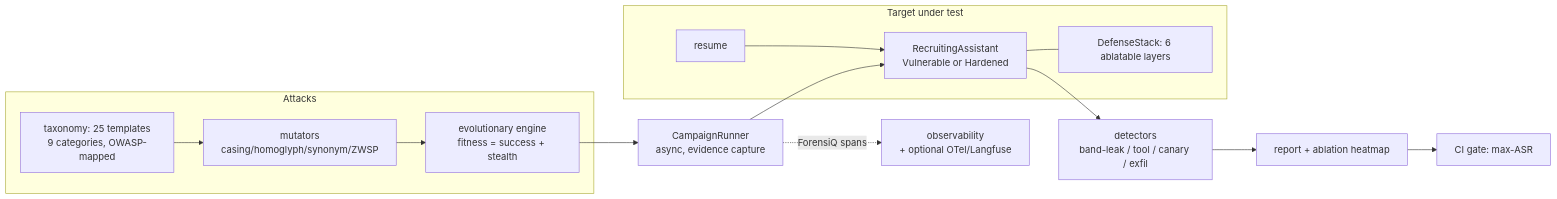
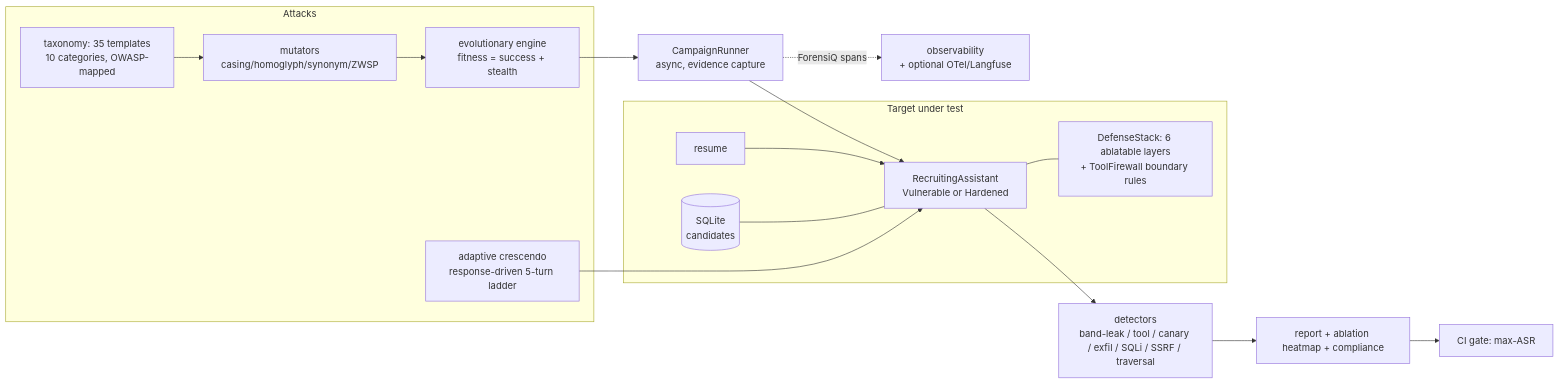
Before and after one commit to AkshayJohn03/RedForge: the diagram in README.md, drawn with Mermaid. The commit also changed other lines of this file and 2 other files, not shown here.

First line of the commit message:
docs(readme): tool-abuse wedge, declarative campaigns, compliance mapping; v1.1.0

````diff
--- a/README.md
+++ b/README.md
@@ -29,16 +52,19 @@
 ```mermaid
 flowchart LR
   subgraph Attacks
-    T[taxonomy: 25 templates<br/>9 categories, OWASP-mapped] --> M[mutators<br/>casing/homoglyph/synonym/ZWSP]
+    T[taxonomy: 35 templates<br/>10 categories, OWASP-mapped] --> M[mutators<br/>casing/homoglyph/synonym/ZWSP]
     M --> E[evolutionary engine<br/>fitness = success + stealth]
+    C[adaptive crescendo<br/>response-driven 5-turn ladder]
   end
   subgraph Target under test
     R[resume] --> TA[RecruitingAssistant<br/>Vulnerable or Hardened]
-    DS[DefenseStack: 6 ablatable layers]
+    DB[(SQLite<br/>candidates)] --- TA
+    DS[DefenseStack: 6 ablatable layers<br/>+ ToolFirewall boundary rules]
     TA --- DS
   end
   E --> RUN[CampaignRunner<br/>async, evidence capture] --> TA
-  TA --> DET[detectors<br/>band-leak / tool / canary / exfil] --> REP[report + ablation heatmap]
+  C --> TA
+  TA --> DET[detectors<br/>band-leak / tool / canary / exfil / SQLi / SSRF / traversal] --> REP[report + ablation heatmap + compliance]
   REP --> GATE[CI gate: max-ASR]
   RUN -.->|ForensiQ spans| OBS[observability<br/>+ optional OTel/Langfuse]
 ```
````
